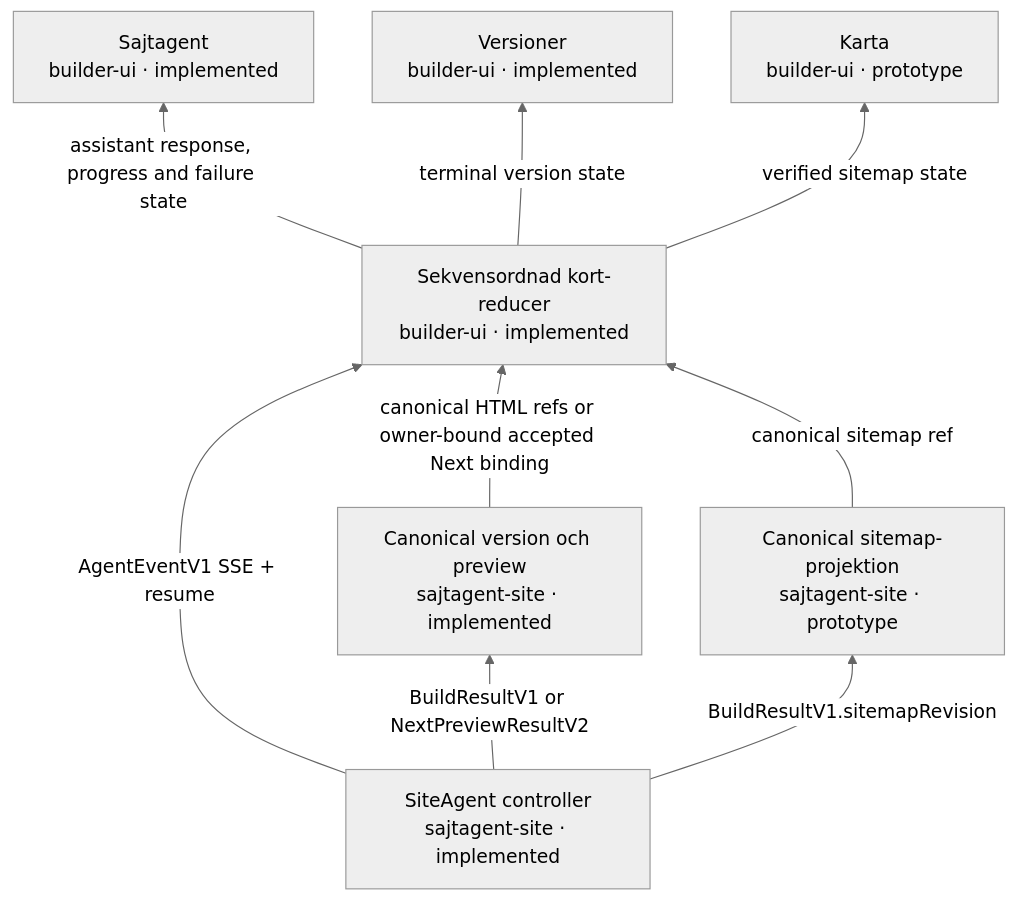
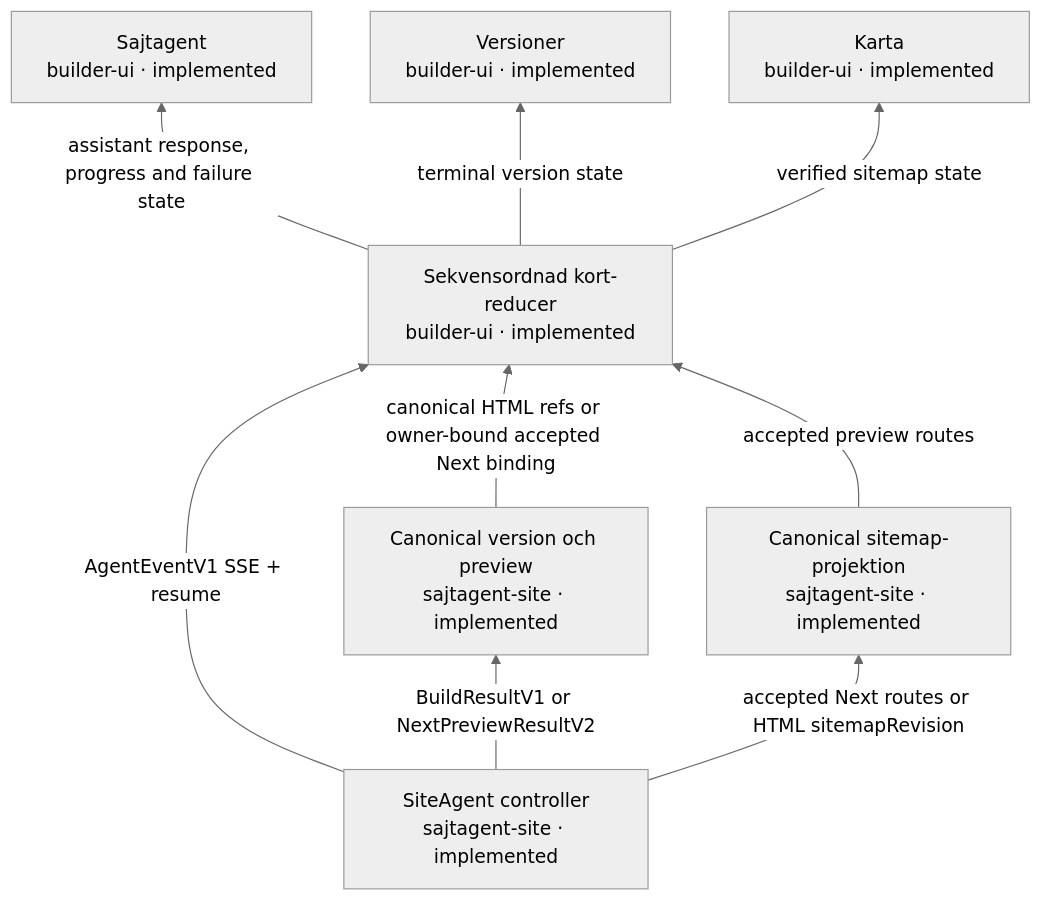
The second of 2 diagrams in docs/card-flow.md (Jakeminator123/sajtagent-site), drawn with Mermaid (neutral theme) before and after one commit. The commit also changed other lines of this file and 12 other files, not shown here.

Commit message:
feat(builder): show the accepted page tree and switch preview routes

````diff
--- a/docs/card-flow.md
+++ b/docs/card-flow.md
@@ -26,18 +26,18 @@
 ```mermaid
 flowchart BT
     n_product_controller["SiteAgent controller<br/>sajtagent-site · implemented"]
     n_product_version["Canonical version och preview<br/>sajtagent-site · implemented"]
     n_product_controller -->|"BuildResultV1 or NextPreviewResultV2"| n_product_version
-    n_product_sitemap["Canonical sitemap-projektion<br/>sajtagent-site · prototype"]
-    n_product_controller -->|"BuildResultV1.sitemapRevision"| n_product_sitemap
+    n_product_sitemap["Canonical sitemap-projektion<br/>sajtagent-site · implemented"]
+    n_product_controller -->|"accepted Next routes or HTML sitemapRevision"| n_product_sitemap
     n_ui_event_reducer["Sekvensordnad kort-reducer<br/>builder-ui · implemented"]
     n_product_controller -->|"AgentEventV1 SSE + resume"| n_ui_event_reducer
     n_product_version -->|"canonical HTML refs or owner-bound accepted Next binding"| n_ui_event_reducer
-    n_product_sitemap -->|"canonical sitemap ref"| n_ui_event_reducer
+    n_product_sitemap -->|"accepted preview routes"| n_ui_event_reducer
     n_card_agent["Sajtagent<br/>builder-ui · implemented"]
     n_ui_event_reducer -->|"assistant response, progress and failure state"| n_card_agent
     n_card_versions["Versioner<br/>builder-ui · implemented"]
     n_ui_event_reducer -->|"terminal version state"| n_card_versions
-    n_card_map["Karta<br/>builder-ui · prototype"]
+    n_card_map["Karta<br/>builder-ui · implemented"]
     n_ui_event_reducer -->|"verified sitemap state"| n_card_map
 ```
````
